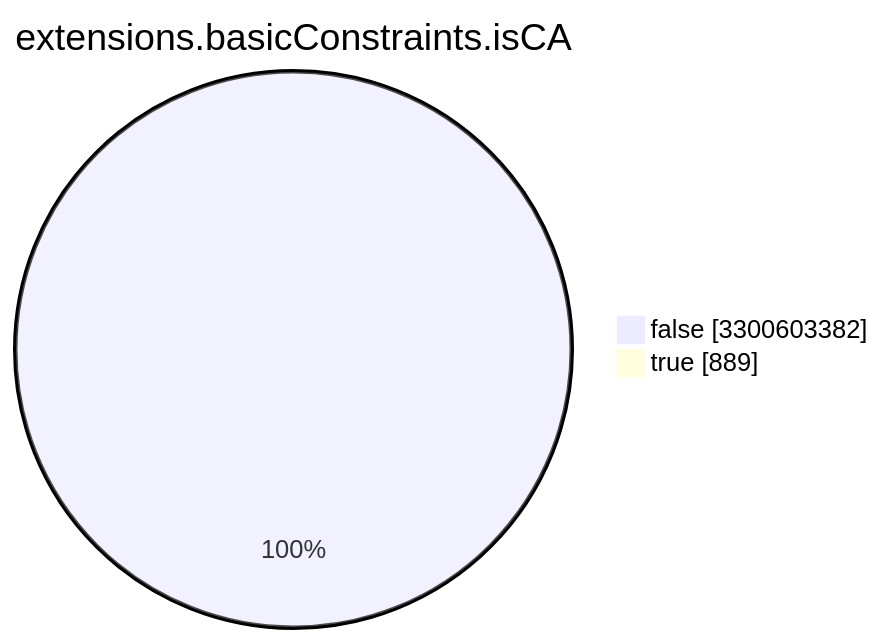
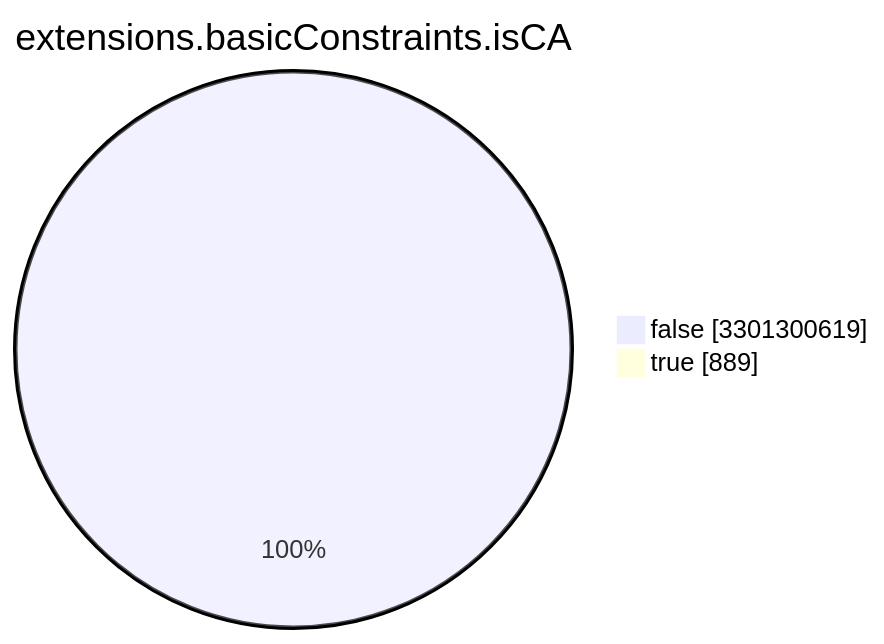
Before and after one commit to christiankrug/ctmonitor_visualization: the seventh of 15 diagrams in TOTAL/README.md, drawn with Mermaid. The commit also changed other lines of this file, not shown here.

````diff
--- a/TOTAL/README.md
+++ b/TOTAL/README.md
@@ -3089,6 +3089,6 @@
 ```mermaid
 pie showData
 title extensions.basicConstraints.isCA
-"false" :3300603382
+"false" :3301300619
 "true" :889
 ```
````
